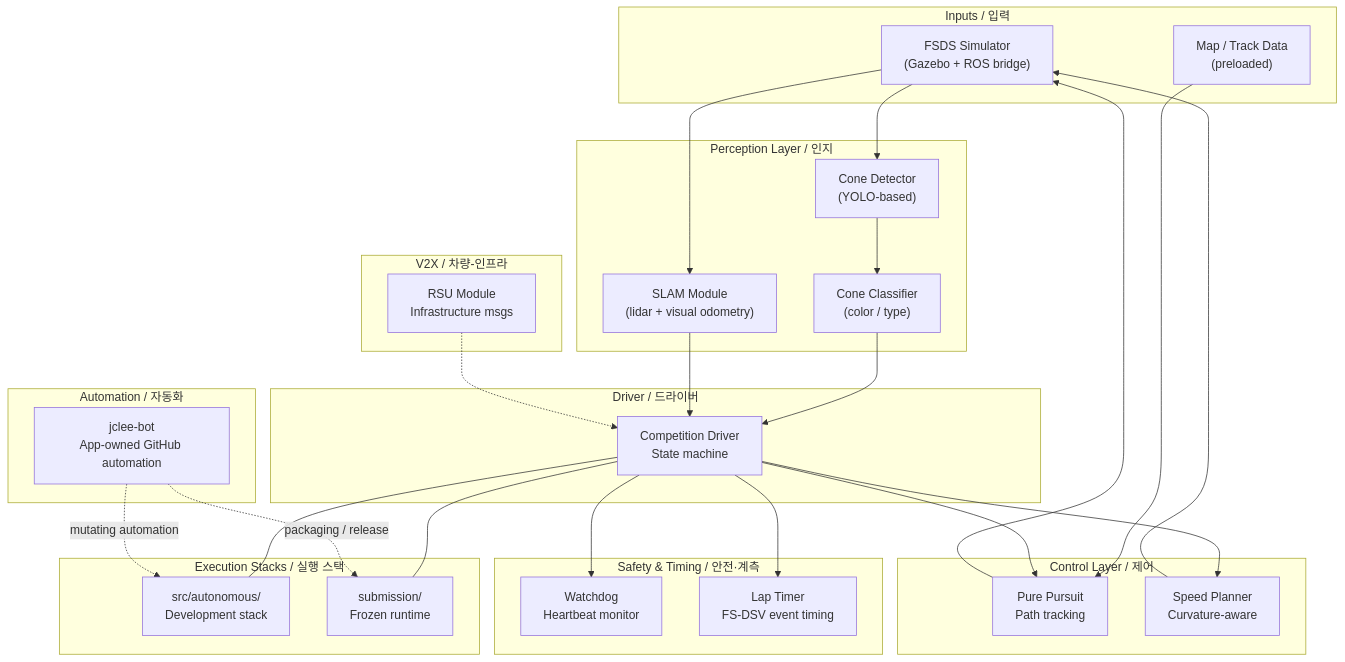
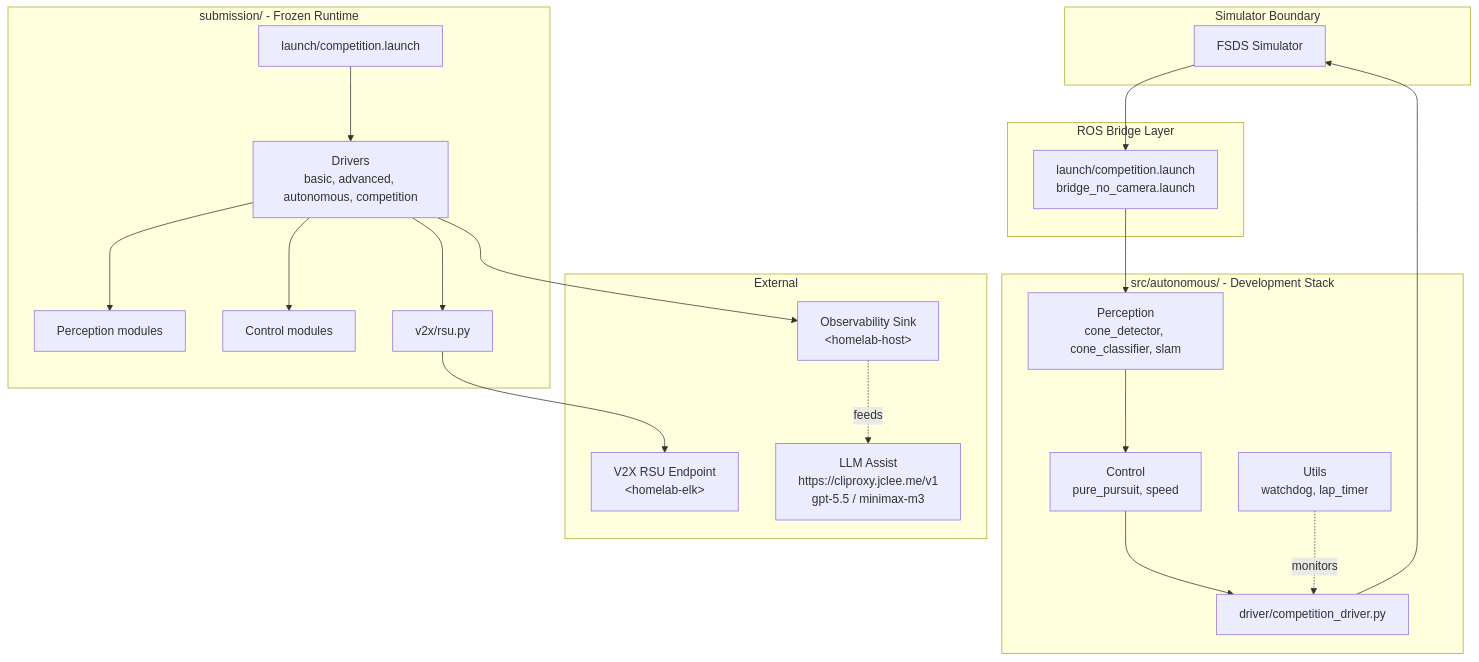
One commit to jclee941/hycu_fsds changed the diagram in README.md. Above: the diagram before and after it, drawn with Mermaid. The commit also changed other lines of this file, not shown here.

````diff
--- a/README.md
+++ b/README.md
@@ -176,58 +70,47 @@
 ```mermaid
 flowchart TB
-    subgraph INPUT["Inputs / 입력"]
-        SIM["FSDS Simulator<br/>(Gazebo + ROS bridge)"]
-        MAP["Map / Track Data<br/>(preloaded)"]
+    subgraph Sim [Simulator Boundary]
+        FSDS["FSDS Simulator"]
     end
 
-    subgraph PERCEPTION["Perception Layer / 인지"]
-        DET["Cone Detector<br/>(YOLO-based)"]
-        CLS["Cone Classifier<br/>(color / type)"]
-        SLAM["SLAM Module<br/>(lidar + visual odometry)"]
+    subgraph Bridge [ROS Bridge Layer]
+        LAUNCH["launch/competition.launch<br/>bridge_no_camera.launch"]
     end
 
-    subgraph CONTROL["Control Layer / 제어"]
-        PP["Pure Pursuit<br/>Path tracking"]
-        SPD["Speed Planner<br/>Curvature-aware"]
+    subgraph Dev [src/autonomous/ - Development Stack]
+        D_PERC["Perception<br/>cone_detector, cone_classifier, slam"]
+        D_CTRL["Control<br/>pure_pursuit, speed"]
+        D_UTIL["Utils<br/>watchdog, lap_timer"]
+        D_DRV["driver/competition_driver.py"]
     end
 
-    subgraph SAFETY["Safety & Timing / 안전·계측"]
-        WD["Watchdog<br/>Heartbeat monitor"]
-        LT["Lap Timer<br/>FS-DSV event timing"]
+    subgraph Sub [submission/ - Frozen Runtime]
+        S_DRV["Drivers<br/>basic, advanced, autonomous, competition"]
+        S_PERC["Perception modules"]
+        S_CTRL["Control modules"]
+        S_V2X["v2x/rsu.py"]
+        S_LAUNCH["launch/competition.launch"]
     end
 
-    subgraph V2X["V2X / 차량-인프라"]
-        RSU["RSU Module<br/>Infrastructure msgs"]
+    subgraph Out [External]
+        RSU["V2X RSU Endpoint<br/>&lt;homelab-elk&gt;"]
+        OBS["Observability Sink<br/>&lt;homelab-host&gt;"]
+        MODEL["LLM Assist<br/>https://cliproxy.jclee.me/v1<br/>gpt-5.5 / minimax-m3"]
     end
 
-    subgraph DRIVER["Driver / 드라이버"]
-        DRV["Competition Driver<br/>State machine"]
-    end
+    FSDS --> LAUNCH
+    LAUNCH --> D_PERC
+    D_PERC --> D_CTRL
+    D_CTRL --> D_DRV
+    D_UTIL -. monitors .-> D_DRV
+    D_DRV --> FSDS
 
-    subgraph STACK["Execution Stacks / 실행 스택"]
-        DEV["src/autonomous/<br/>Development stack"]
-        SUB["submission/<br/>Frozen runtime"]
-    end
+    S_LAUNCH --> S_DRV
+    S_DRV --> S_PERC
+    S_DRV --> S_CTRL
+    S_DRV --> S_V2X
+    S_V2X --> RSU
+    S_DRV --> OBS
 
-    subgraph BOT["Automation / 자동화"]
-        JCL["jclee-bot<br/>App-owned GitHub automation"]
-    end
-
-    SIM --> DET
-    SIM --> SLAM
-    MAP --> PP
-    DET --> CLS
-    CLS --> DRV
-    SLAM --> DRV
-    RSU -.-> DRV
-    DRV --> PP
-    DRV --> SPD
-    PP --> SIM
-    SPD --> SIM
-    DRV --> WD
-    DRV --> LT
-    DRV --- DEV
-    DRV --- SUB
-    JCL -.->|mutating automation| DEV
-    JCL -.->|packaging / release| SUB
+    OBS -. feeds .-> MODEL
 ```
````
